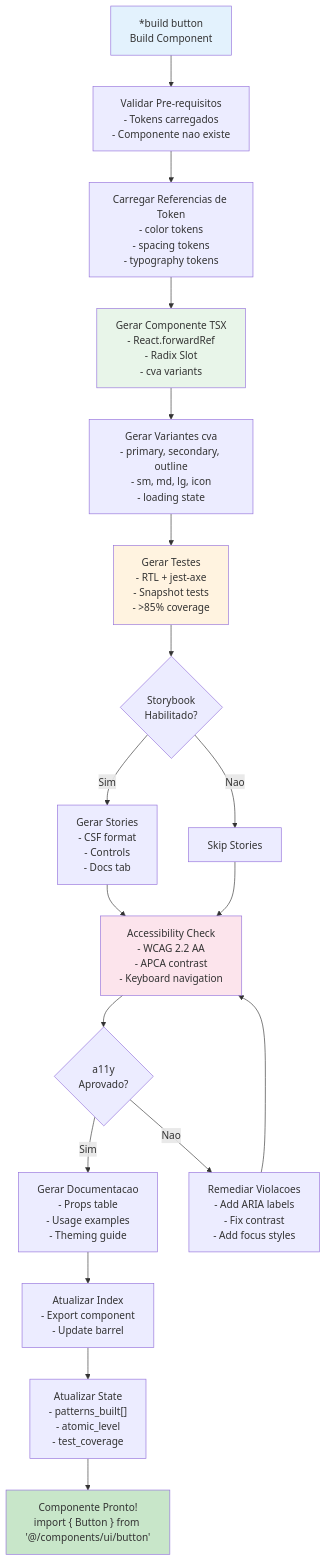
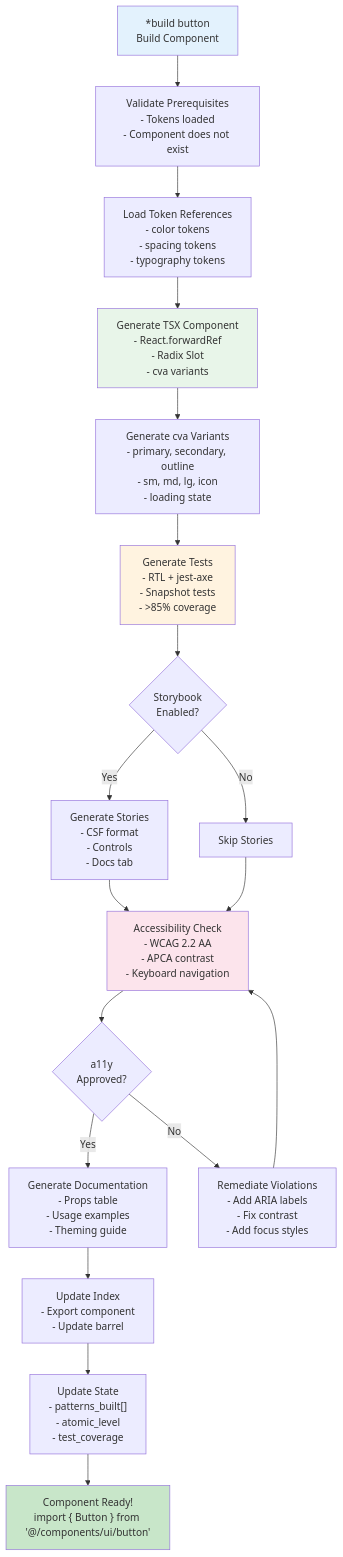
The fourth of 7 diagrams in docs/guides/agents/UX-DESIGN-EXPERT-SYSTEM.md (CyryxLabs/AEXOS), drawn with Mermaid before and after one commit. The commit also changed other lines of this file and 528 other files, not shown here.

````diff
--- a/docs/guides/agents/UX-DESIGN-EXPERT-SYSTEM.md
+++ b/docs/guides/agents/UX-DESIGN-EXPERT-SYSTEM.md
@@ -303,39 +303,39 @@
 ```mermaid
 flowchart TB
-    A["*build button<br/>Build Component"] --> B["Validar Pre-requisitos<br/>- Tokens carregados<br/>- Componente nao existe"]
+    A["*build button<br/>Build Component"] --> B["Validate Prerequisites<br/>- Tokens loaded<br/>- Component does not exist"]
 
-    B --> C["Carregar Referencias de Token<br/>- color tokens<br/>- spacing tokens<br/>- typography tokens"]
+    B --> C["Load Token References<br/>- color tokens<br/>- spacing tokens<br/>- typography tokens"]
 
-    C --> D["Gerar Componente TSX<br/>- React.forwardRef<br/>- Radix Slot<br/>- cva variants"]
+    C --> D["Generate TSX Component<br/>- React.forwardRef<br/>- Radix Slot<br/>- cva variants"]
 
-    D --> E["Gerar Variantes cva<br/>- primary, secondary, outline<br/>- sm, md, lg, icon<br/>- loading state"]
+    D --> E["Generate cva Variants<br/>- primary, secondary, outline<br/>- sm, md, lg, icon<br/>- loading state"]
 
-    E --> F["Gerar Testes<br/>- RTL + jest-axe<br/>- Snapshot tests<br/>- >85% coverage"]
+    E --> F["Generate Tests<br/>- RTL + jest-axe<br/>- Snapshot tests<br/>- >85% coverage"]
 
-    F --> G{"Storybook<br/>Habilitado?"}
+    F --> G{"Storybook<br/>Enabled?"}
 
-    G -->|Sim| H["Gerar Stories<br/>- CSF format<br/>- Controls<br/>- Docs tab"]
-    G -->|Nao| I["Skip Stories"]
+    G -->|Yes| H["Generate Stories<br/>- CSF format<br/>- Controls<br/>- Docs tab"]
+    G -->|No| I["Skip Stories"]
 
     H --> J["Accessibility Check<br/>- WCAG 2.2 AA<br/>- APCA contrast<br/>- Keyboard navigation"]
     I --> J
 
-    J --> K{"a11y<br/>Aprovado?"}
+    J --> K{"a11y<br/>Approved?"}
 
-    K -->|Sim| L["Gerar Documentacao<br/>- Props table<br/>- Usage examples<br/>- Theming guide"]
-    K -->|Nao| M["Remediar Violacoes<br/>- Add ARIA labels<br/>- Fix contrast<br/>- Add focus styles"]
+    K -->|Yes| L["Generate Documentation<br/>- Props table<br/>- Usage examples<br/>- Theming guide"]
+    K -->|No| M["Remediate Violations<br/>- Add ARIA labels<br/>- Fix contrast<br/>- Add focus styles"]
 
     M --> J
 
-    L --> N["Atualizar Index<br/>- Export component<br/>- Update barrel"]
+    L --> N["Update Index<br/>- Export component<br/>- Update barrel"]
 
-    N --> O["Atualizar State<br/>- patterns_built[]<br/>- atomic_level<br/>- test_coverage"]
+    N --> O["Update State<br/>- patterns_built[]<br/>- atomic_level<br/>- test_coverage"]
 
-    O --> P["Componente Pronto!<br/>import { Button } from '@/components/ui/button'"]
+    O --> P["Component Ready!<br/>import { Button } from '@/components/ui/button'"]
 
     style A fill:#e3f2fd
     style D fill:#e8f5e9
     style F fill:#fff3e0
     style J fill:#fce4ec
     style P fill:#c8e6c9
 ```
````
